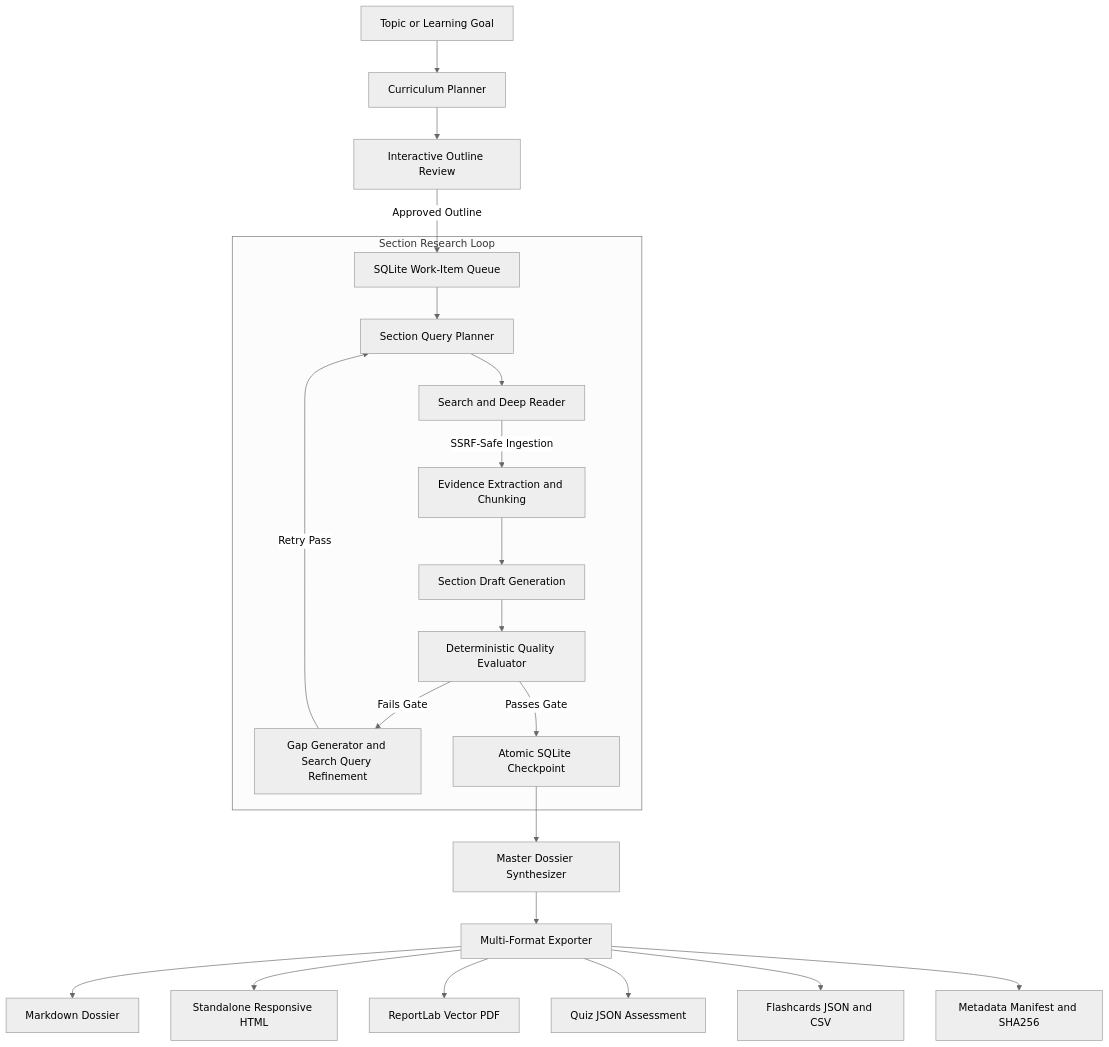
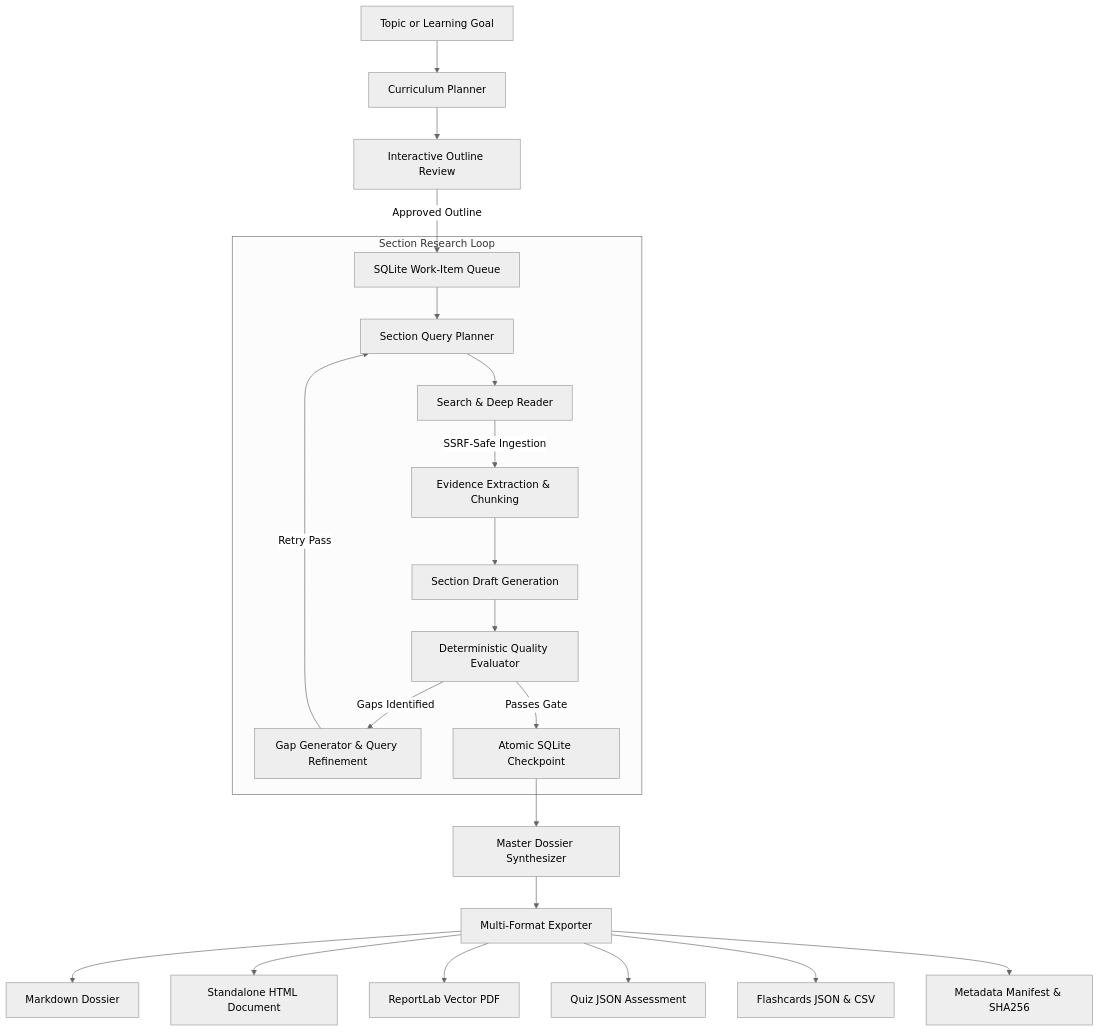
One commit to Cedsbstn/Learning-assistant-adk changed the diagram in learning_agent/README.md. Above: the diagram before and after it, drawn with Mermaid (neutral theme). The commit also changed other lines of this file and 1 other file, not shown here.

````diff
--- a/learning_agent/README.md
+++ b/learning_agent/README.md
@@ -11,26 +11,26 @@
 ```mermaid
 flowchart TD
     A["Topic or Learning Goal"] --> B["Curriculum Planner"]
     B --> C["Interactive Outline Review"]
     C -->|"Approved Outline"| D["SQLite Work-Item Queue"]
     
     subgraph Section Research Loop
         D --> E["Section Query Planner"]
-        E --> F["Search and Deep Reader"]
-        F -->|"SSRF-Safe Ingestion"| G["Evidence Extraction and Chunking"]
+        E --> F["Search & Deep Reader"]
+        F -->|"SSRF-Safe Ingestion"| G["Evidence Extraction & Chunking"]
         G --> H["Section Draft Generation"]
         H --> I["Deterministic Quality Evaluator"]
-        I -->|"Fails Gate"| J["Gap Generator and Search Query Refinement"]
+        I -->|"Gaps Identified"| J["Gap Generator & Query Refinement"]
         J -->|"Retry Pass"| E
         I -->|"Passes Gate"| K["Atomic SQLite Checkpoint"]
     end
 
     K --> L["Master Dossier Synthesizer"]
     L --> M["Multi-Format Exporter"]
     M --> N1["Markdown Dossier"]
-    M --> N2["Standalone Responsive HTML"]
+    M --> N2["Standalone HTML Document"]
     M --> N3["ReportLab Vector PDF"]
     M --> N4["Quiz JSON Assessment"]
-    M --> N5["Flashcards JSON and CSV"]
-    M --> N6["Metadata Manifest and SHA256"]
+    M --> N5["Flashcards JSON & CSV"]
+    M --> N6["Metadata Manifest & SHA256"]
 ```
````
